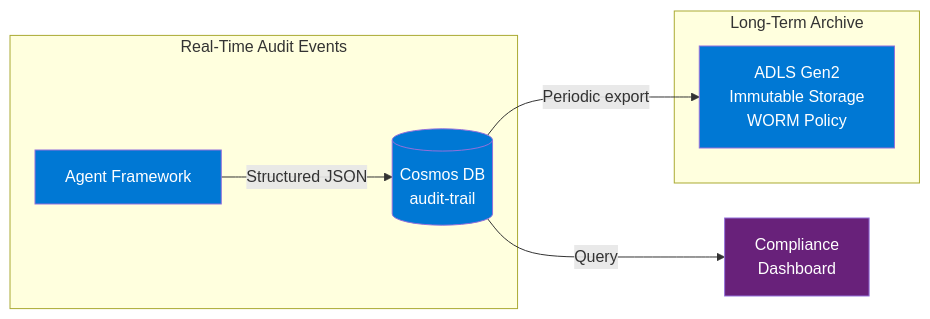
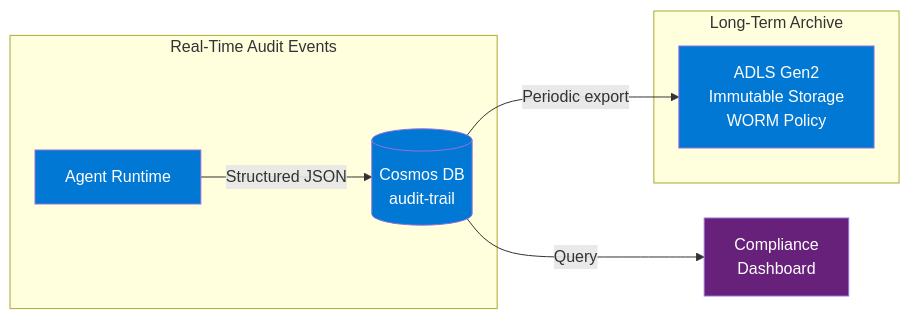
One commit to DanGiannone1/data-engineering-agent changed the fifth of 5 diagrams in docs/design.md. Above: the diagram before and after it, drawn with Mermaid. The commit also changed other lines of this file and 1 other file, not shown here.

````diff
--- a/docs/design.md
+++ b/docs/design.md
@@ -708,17 +773,17 @@
 ```mermaid
 graph LR
     subgraph "Real-Time Audit Events"
-        AF[Agent Framework] -->|Structured JSON| CDB[(Cosmos DB<br/>audit-trail)]
+        AF[Agent Runtime] -->|Structured JSON| CDB[(Cosmos DB<br/>audit-trail)]
     end
 
     subgraph "Long-Term Archive"
         CDB -->|Periodic export| ADLS[ADLS Gen2<br/>Immutable Storage<br/>WORM Policy]
     end
 
     CDB -->|Query| DASH[Compliance<br/>Dashboard]
 
     style AF fill:#0078d4,color:#fff
     style CDB fill:#0078d4,color:#fff
     style ADLS fill:#0078d4,color:#fff
     style DASH fill:#68217a,color:#fff
 ```
````
